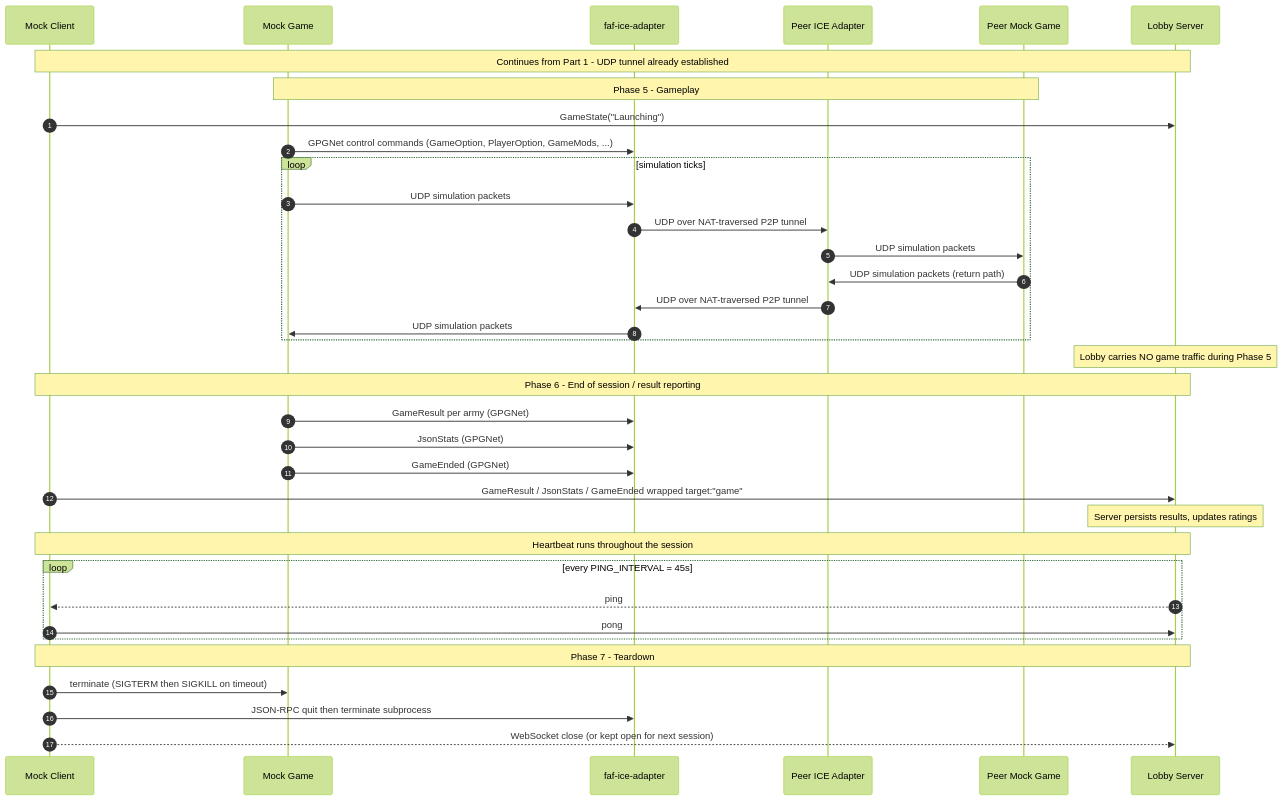
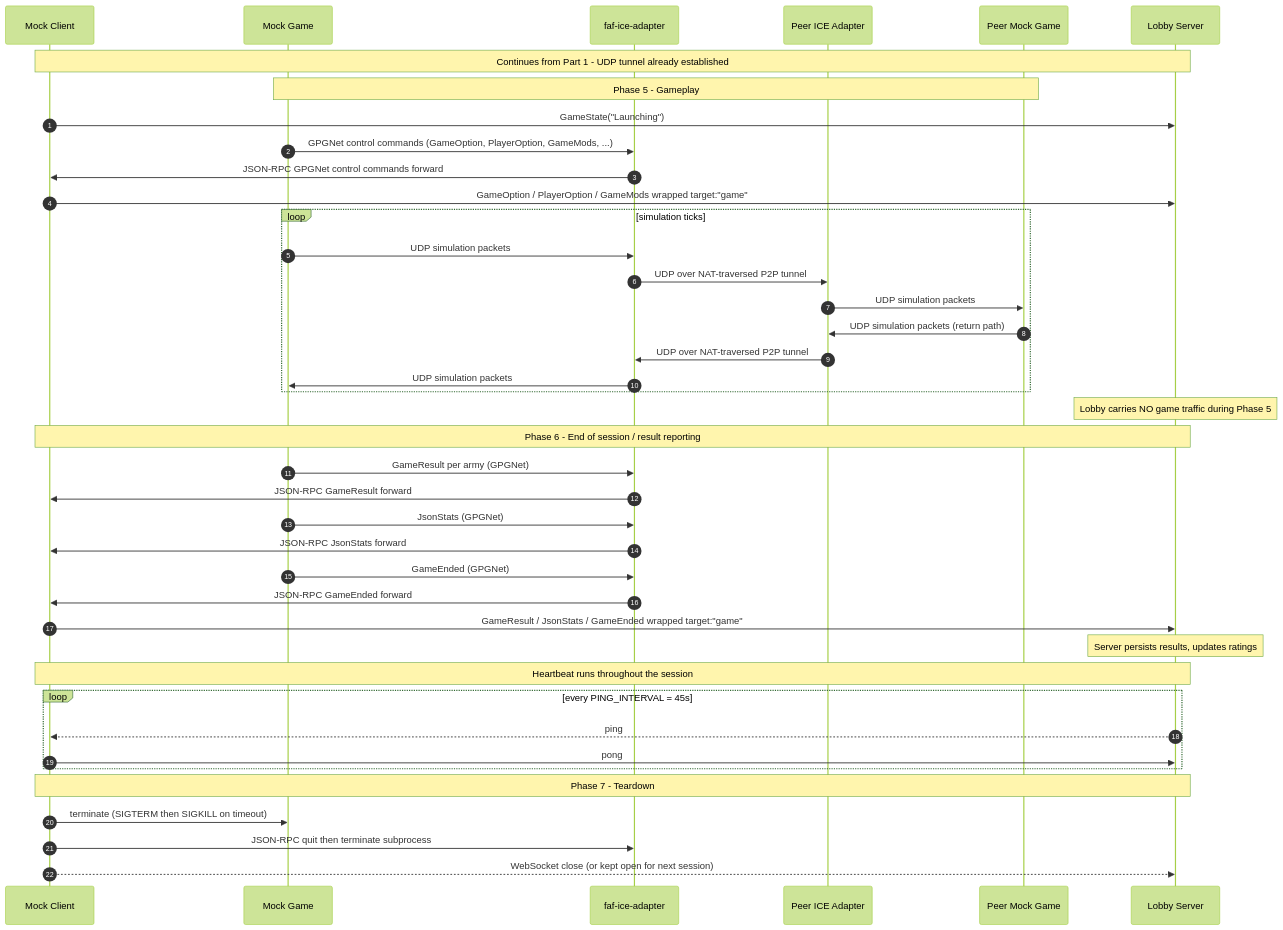
One commit to md-173/faf-test-harness changed the third of 3 diagrams in documentation/diagrams/sequence-full-session.md. Above: the diagram before and after it, drawn with Mermaid (forest theme). The commit also changed other lines of this file and 2 other files, not shown here.

Commit message:
docs: address peer review feedback for component diagrams

````diff
--- a/documentation/diagrams/sequence-full-session.md
+++ b/documentation/diagrams/sequence-full-session.md
@@ -117,43 +121,48 @@
 ```mermaid
 sequenceDiagram
     autonumber
     participant MC as Mock Client
     participant MG as Mock Game
     participant IA as faf-ice-adapter
     participant PIA as Peer ICE Adapter
     participant PMG as Peer Mock Game
     participant LS as Lobby Server
 
     Note over MC,LS: Continues from Part 1 - UDP tunnel already established
 
     Note over MG,PMG: Phase 5 - Gameplay
     MC->>LS: GameState("Launching")
     MG->>IA: GPGNet control commands (GameOption, PlayerOption, GameMods, ...)
+    IA->>MC: JSON-RPC GPGNet control commands forward
+    MC->>LS: GameOption / PlayerOption / GameMods wrapped target:"game"
     loop simulation ticks
         MG->>IA: UDP simulation packets
         IA->>PIA: UDP over NAT-traversed P2P tunnel
         PIA->>PMG: UDP simulation packets
         PMG->>PIA: UDP simulation packets (return path)
         PIA->>IA: UDP over NAT-traversed P2P tunnel
         IA->>MG: UDP simulation packets
     end
     Note over LS: Lobby carries NO game traffic during Phase 5
 
     Note over MC,LS: Phase 6 - End of session / result reporting
     MG->>IA: GameResult per army (GPGNet)
+    IA->>MC: JSON-RPC GameResult forward
     MG->>IA: JsonStats (GPGNet)
+    IA->>MC: JSON-RPC JsonStats forward
     MG->>IA: GameEnded (GPGNet)
+    IA->>MC: JSON-RPC GameEnded forward
     MC->>LS: GameResult / JsonStats / GameEnded wrapped target:"game"
     Note over LS: Server persists results, updates ratings
 
     Note over MC,LS: Heartbeat runs throughout the session
     loop every PING_INTERVAL = 45s
         LS-->>MC: ping
         MC->>LS: pong
     end
 
     Note over MC,LS: Phase 7 - Teardown
     MC->>MG: terminate (SIGTERM then SIGKILL on timeout)
     MC->>IA: JSON-RPC quit then terminate subprocess
     MC-->>LS: WebSocket close (or kept open for next session)
 ```
````
